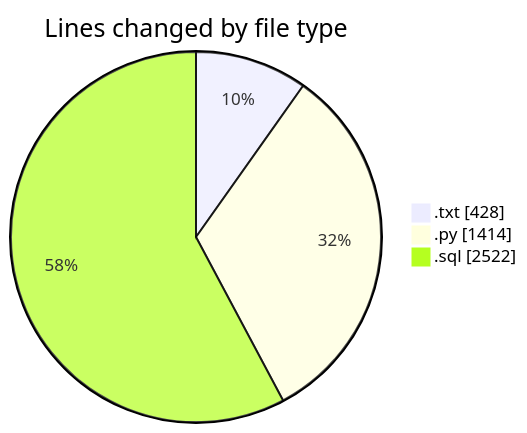
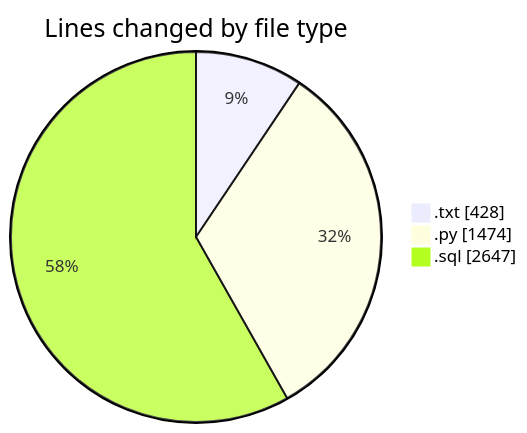
One commit to lephambinh05/code-tracking changed the first of 2 diagrams in 2025-09-16/datanv/README.md. Above: the diagram before and after it, drawn with Mermaid. The commit also changed other lines of this file and 1 other file, not shown here.

````diff
--- a/2025-09-16/datanv/README.md
+++ b/2025-09-16/datanv/README.md
@@ -40,7 +42,7 @@
 ```mermaid
 pie showData
 title Lines changed by file type
 ".txt" : 428
-".py" : 1414
-".sql" : 2522
+".py" : 1474
+".sql" : 2647
 ```
````
